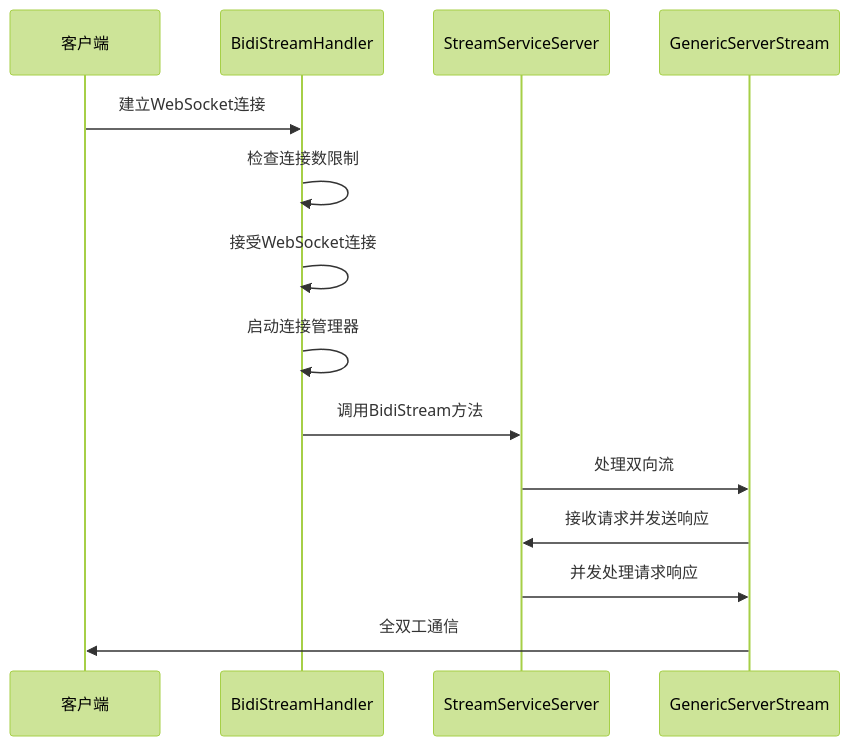
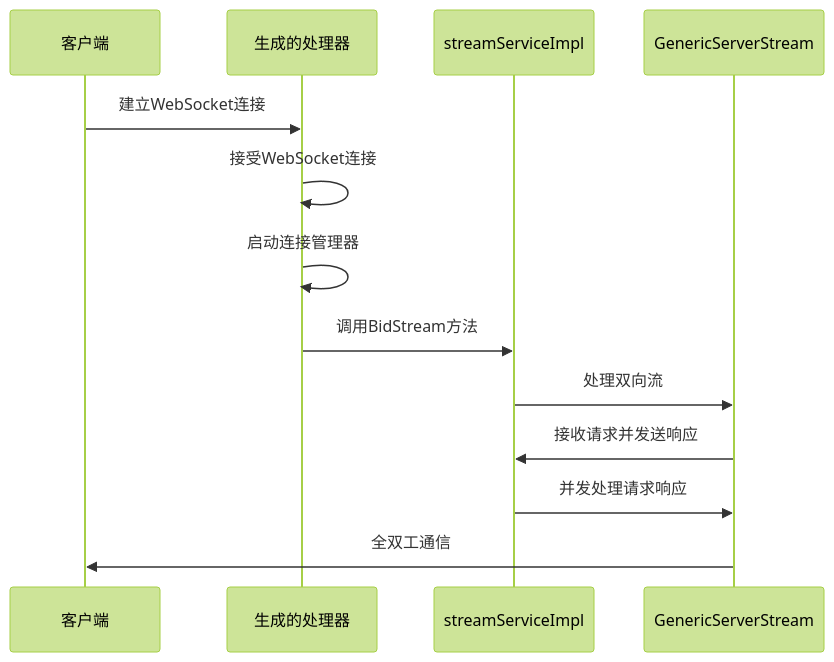
Diagram 14 of 15 in .agents/repowiki/zh/content/示例和最佳实践/WebSocket流式系统.md (soyacen/goose), drawn with Mermaid (forest theme) before and after one commit. The commit also changed other lines of this file and 4 other files, not shown here.

````diff
--- a/.agents/repowiki/zh/content/示例和最佳实践/WebSocket流式系统.md
+++ b/.agents/repowiki/zh/content/示例和最佳实践/WebSocket流式系统.md
@@ -558,16 +505,15 @@
 ```mermaid
 sequenceDiagram
 participant Client as 客户端
-participant Handler as BidiStreamHandler
-participant Service as StreamServiceServer
+participant Handler as 生成的处理器
+participant Service as streamServiceImpl
 participant Stream as GenericServerStream
 Client->>Handler : 建立WebSocket连接
-Handler->>Handler : 检查连接数限制
 Handler->>Handler : 接受WebSocket连接
 Handler->>Handler : 启动连接管理器
-Handler->>Service : 调用BidiStream方法
+Handler->>Service : 调用BidStream方法
 Service->>Stream : 处理双向流
 Stream->>Service : 接收请求并发送响应
 Service->>Stream : 并发处理请求响应
 Stream->>Client : 全双工通信
 ```
````
